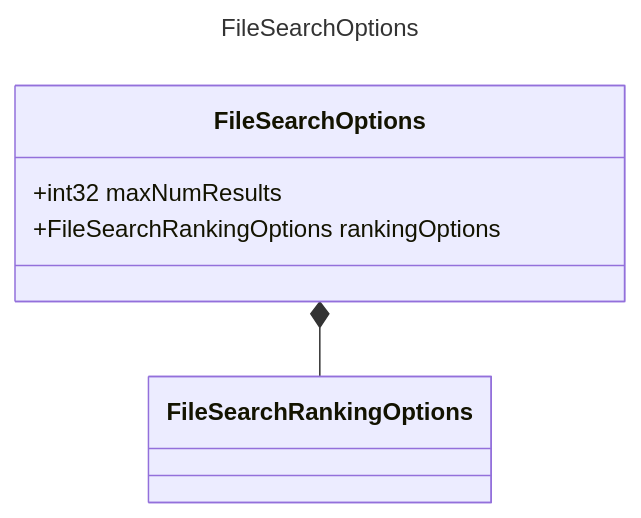
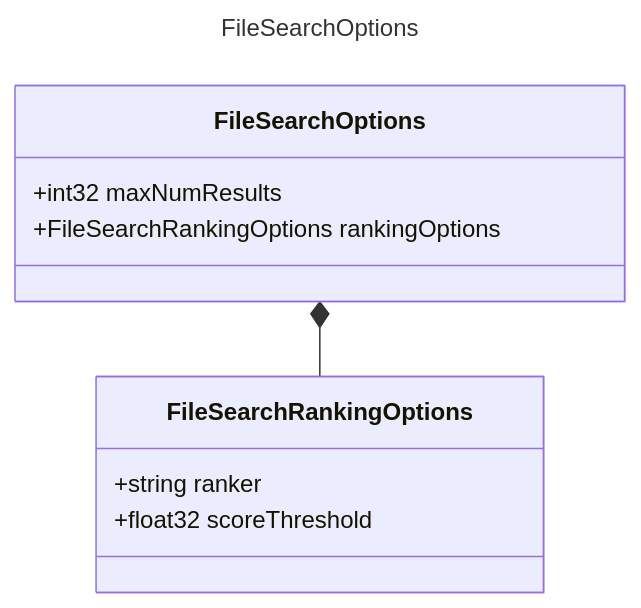
One commit to microsoft/prompty changed the diagram in specification/prompty/docs/FileSearchOptions.md. Above: the diagram before and after it, drawn with Mermaid. The commit also changed 14 other files, not shown here.

````diff
--- a/specification/prompty/docs/FileSearchOptions.md
+++ b/specification/prompty/docs/FileSearchOptions.md
@@ -7,11 +7,15 @@
 ```mermaid
 ---
 title: FileSearchOptions
 ---
 classDiagram
+    class FileSearchRankingOptions {
+        +string ranker
+        +float32 scoreThreshold
+    }
     class FileSearchOptions {
         +int32 maxNumResults
         +FileSearchRankingOptions rankingOptions
     }
     FileSearchOptions *-- FileSearchRankingOptions
 ```
````
